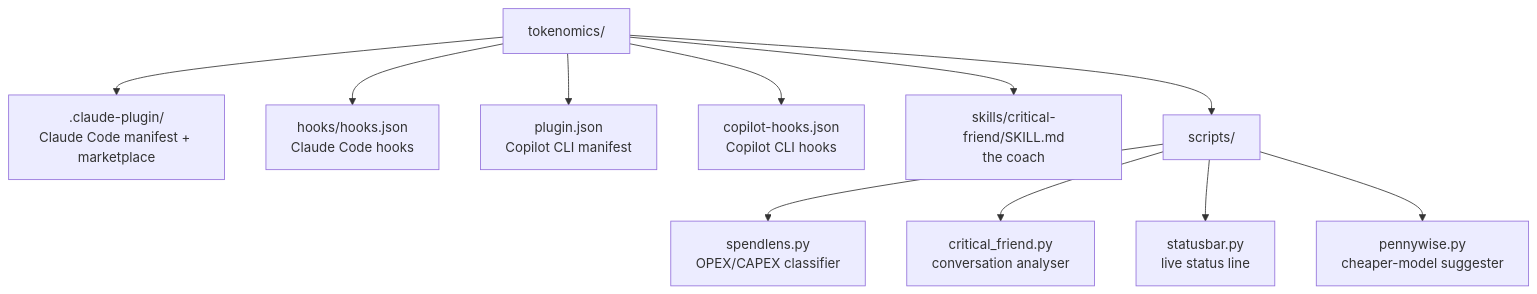
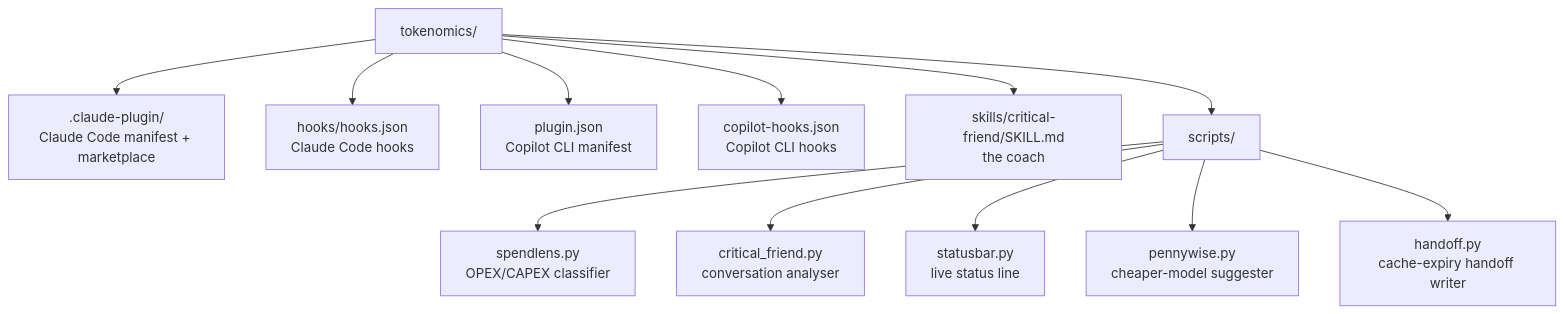
The eighth of 8 diagrams in README.md (andrew44/tokenomics), drawn with Mermaid before and after one commit. The commit also changed other lines of this file and 3 other files, not shown here.

Commit message:
Add handoff hook: write a resume digest before the prompt cache expires

````diff
--- a/README.md
+++ b/README.md
@@ -400,13 +417,14 @@
 ```mermaid
 flowchart TD
     R["tokenomics/"] --> CP[".claude-plugin/<br/>Claude Code manifest + marketplace"]
     R --> H["hooks/hooks.json<br/>Claude Code hooks"]
     R --> PJ["plugin.json<br/>Copilot CLI manifest"]
     R --> CH["copilot-hooks.json<br/>Copilot CLI hooks"]
     R --> SK["skills/critical-friend/SKILL.md<br/>the coach"]
     R --> SC["scripts/"]
     SC --> S1["spendlens.py<br/>OPEX/CAPEX classifier"]
     SC --> S2["critical_friend.py<br/>conversation analyser"]
     SC --> S3["statusbar.py<br/>live status line"]
     SC --> S4["pennywise.py<br/>cheaper-model suggester"]
+    SC --> S5["handoff.py<br/>cache-expiry handoff writer"]
 ```
````
